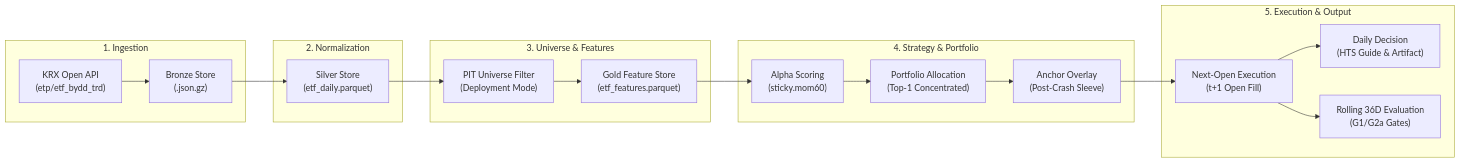
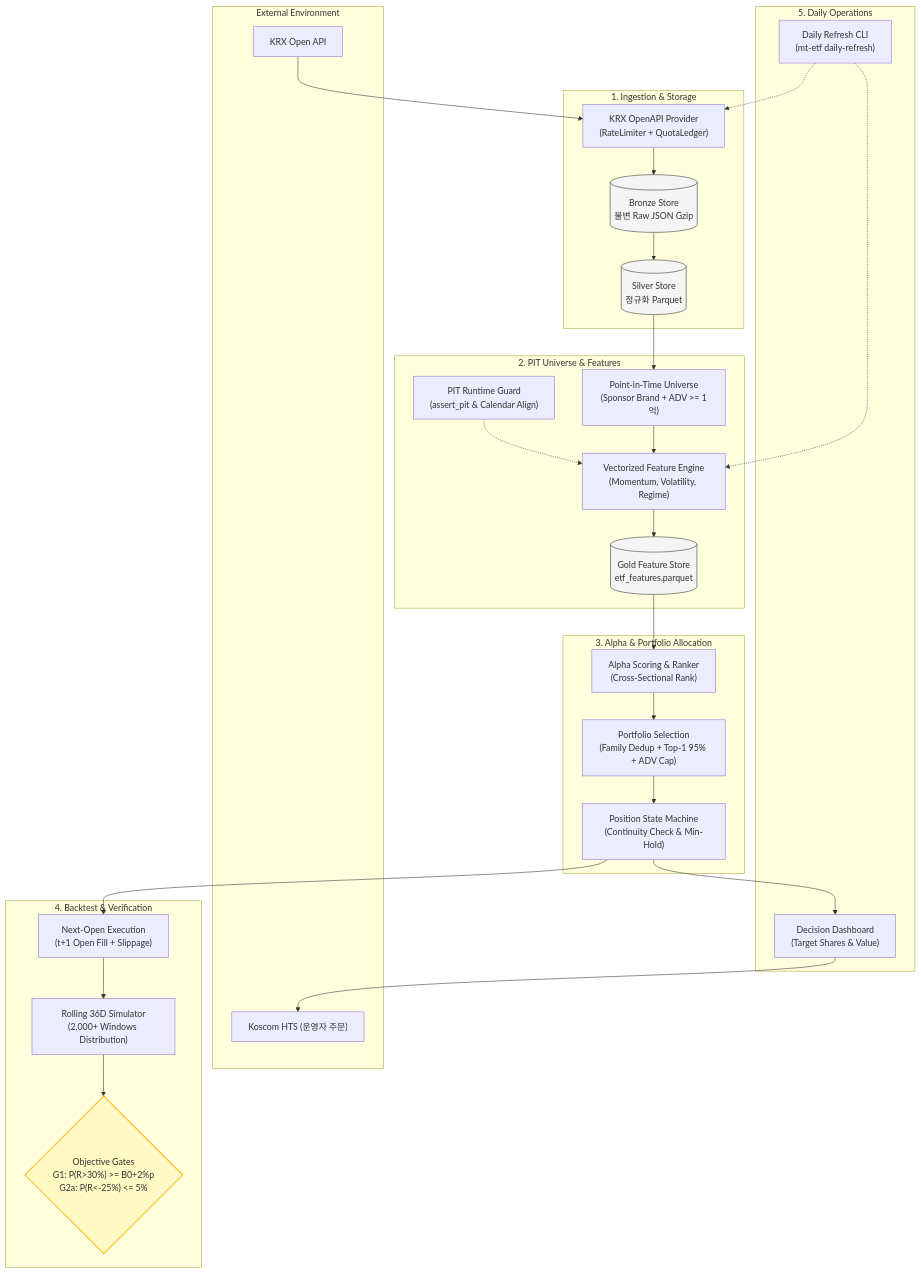
Before and after one commit to KTHYEONG/mt-etf-king-2026: the second of 3 diagrams in README.md, drawn with Mermaid. The commit also changed other lines of this file and 5 other files, not shown here.

````diff
--- a/README.md
+++ b/README.md
@@ -61,38 +75,52 @@
 ```mermaid
-flowchart LR
-    subgraph S1 ["1. Ingestion"]
-        A["KRX Open API
-(etp/etf_bydd_trd)"] --> B["Bronze Store
-(.json.gz)"]
+flowchart TD
+    subgraph S_EXT ["External Environment"]
+        KRX["KRX Open API"]
+        HTS["Koscom HTS (운영자 주문)"]
     end
 
-    subgraph S2 ["2. Normalization"]
-        B --> C["Silver Store
-(etf_daily.parquet)"]
+    subgraph S_DATA ["1. Ingestion & Storage"]
+        Provider["KRX OpenAPI Provider\n(RateLimiter + QuotaLedger)"]
+        Bronze[("Bronze Store\n불변 Raw JSON Gzip")]
+        Silver[("Silver Store\n정규화 Parquet")]
+        Provider --> Bronze --> Silver
     end
 
-    subgraph S3 ["3. Universe & Features"]
-        C --> D["PIT Universe Filter
-(Deployment Mode)"]
-        D --> E["Gold Feature Store
-(etf_features.parquet)"]
+    subgraph S_FEAT ["2. PIT Universe & Features"]
+        Univ["Point-in-Time Universe\n(Sponsor Brand + ADV >= 1억)"]
+        FeatEng["Vectorized Feature Engine\n(Momentum, Volatility, Regime)"]
+        PIT["PIT Runtime Guard\n(assert_pit & Calendar Align)"]
+        Silver --> Univ --> FeatEng
+        PIT -.-> FeatEng
+        FeatEng --> Gold[("Gold Feature Store\netf_features.parquet")]
     end
 
-    subgraph S4 ["4. Strategy & Portfolio"]
-        E --> F["Alpha Scoring
-(sticky.mom60)"]
-        F --> G["Portfolio Allocation
-(Top-1 Concentrated)"]
-        G --> H["Anchor Overlay
-(Post-Crash Sleeve)"]
+    subgraph S_STRAT ["3. Alpha & Portfolio Allocation"]
+        Alpha["Alpha Scoring & Ranker\n(Cross-Sectional Rank)"]
+        Alloc["Portfolio Selection\n(Family Dedup + Top-1 95% + ADV Cap)"]
+        State["Position State Machine\n(Continuity Check & Min-Hold)"]
+        Gold --> Alpha --> Alloc --> State
     end
 
-    subgraph S5 ["5. Execution & Output"]
-        H --> I["Next-Open Execution
-(t+1 Open Fill)"]
-        I --> J["Daily Decision
-(HTS Guide & Artifact)"]
-        I --> K["Rolling 36D Evaluation
-(G1/G2a Gates)"]
+    subgraph S_EXEC ["4. Backtest & Verification"]
+        Exec["Next-Open Execution\n(t+1 Open Fill + Slippage)"]
+        Sim["Rolling 36D Simulator\n(2,000+ Windows Distribution)"]
+        Gates{"Objective Gates\nG1: P(R>30%) >= B0+2%p\nG2a: P(R<-25%) <= 5%"}
+        State --> Exec --> Sim --> Gates
     end
+
+    subgraph S_OPS ["5. Daily Operations"]
+        Batch["Daily Refresh CLI\n(mt-etf daily-refresh)"]
+        Decision["Decision Dashboard\n(Target Shares & Value)"]
+        Batch -.-> Provider
+        Batch -.-> FeatEng
+        State --> Decision --> HTS
+    end
+
+    KRX --> Provider
+
+    classDef store fill:#f5f5f5,stroke:#333,stroke-width:1px;
+    classDef gate fill:#fff9c4,stroke:#fbc02d,stroke-width:2px;
+    class Bronze,Silver,Gold store;
+    class Gates gate;
 ```
````
